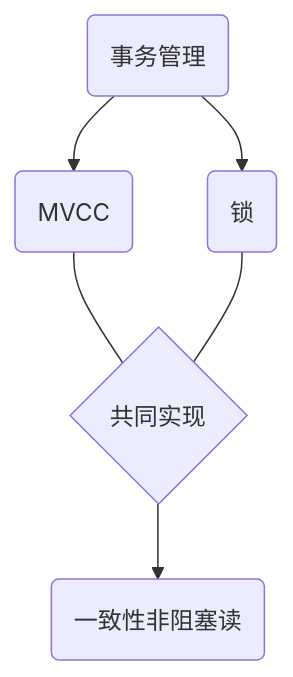
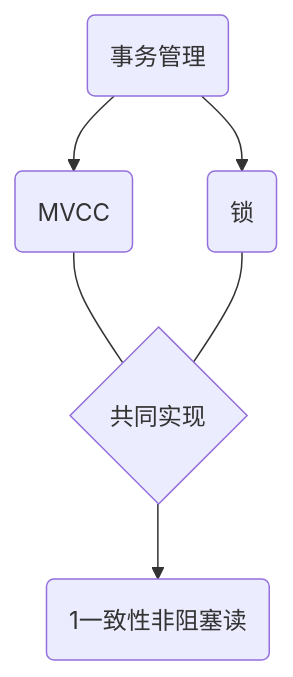
One commit to pishizuiqiang/Markdown changed the diagram in 数据库.md. Above: the diagram before and after it, drawn with Mermaid. The commit also changed other lines of this file, not shown here.

Commit message:
数据库.md updated from https://stackedit.io/

````diff
--- a/数据库.md
+++ b/数据库.md
@@ -4,8 +4,8 @@
 ```mermaid
 graph TB
 shiwu(事务管理)-->mvcc(MVCC)
 shiwu-->suo(锁)
 mvcc---gong{共同实现}
 suo---gong
-gong-->result(一致性非阻塞读)
+gong-->result(1一致性非阻塞读)
 ```
````
